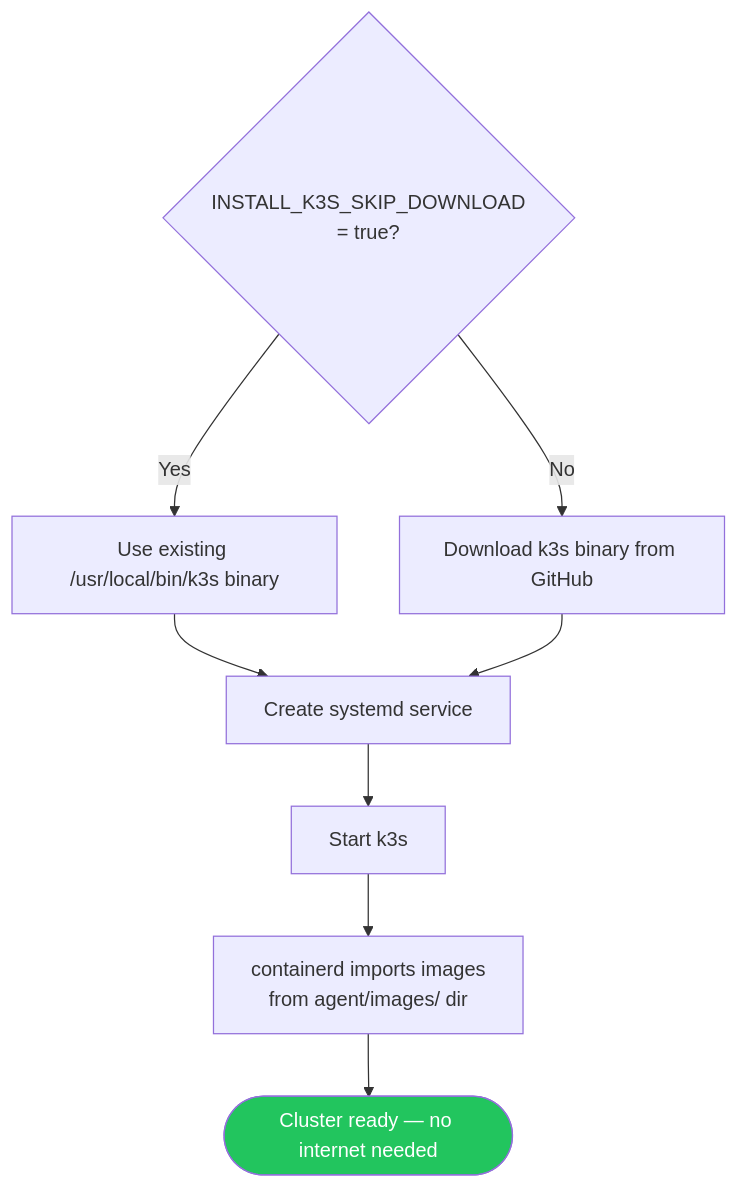
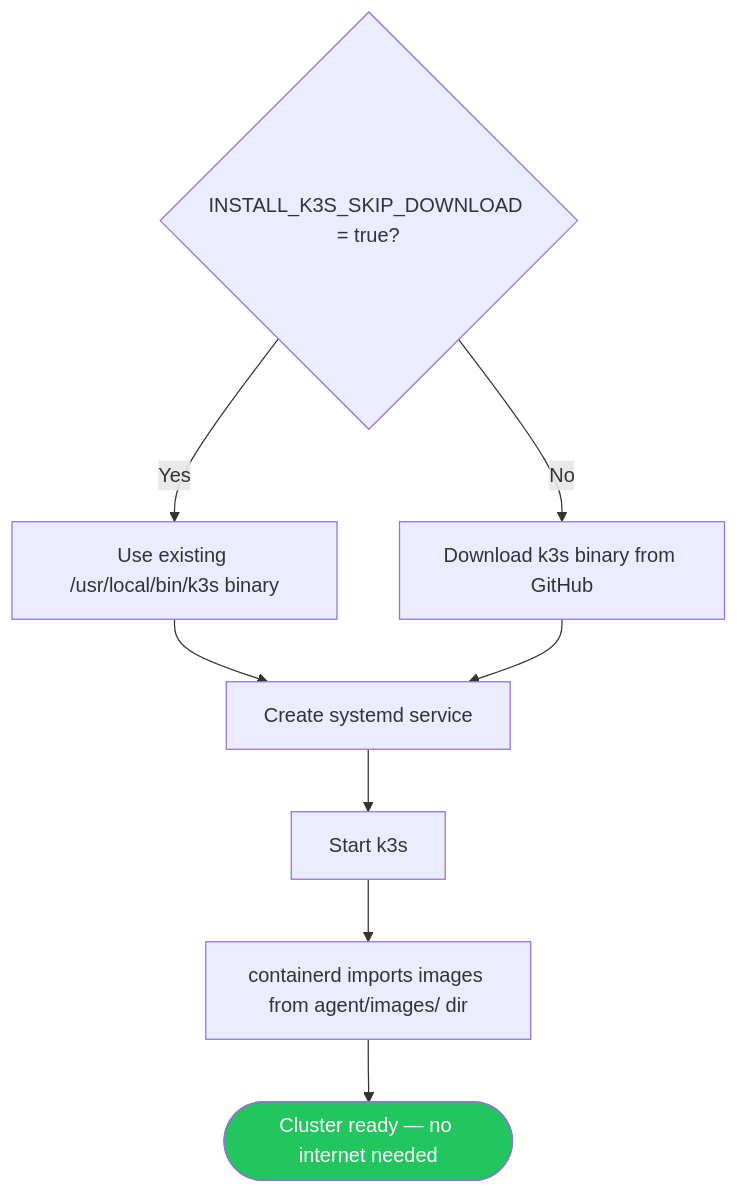
Before and after one commit to UncleJS/course_k3s: the second of 3 diagrams in 02_installation/03_airgap_install.md, drawn with Mermaid. The commit also changed other lines of this file and 57 other files, not shown here.

````diff
--- a/02_installation/03_airgap_install.md
+++ b/02_installation/03_airgap_install.md
@@ -187,13 +187,13 @@
 ```mermaid
 flowchart TD
-    SKIP{"INSTALL_K3S_SKIP_DOWNLOAD\n= true?"}
+    SKIP{"INSTALL_K3S_SKIP_DOWNLOAD = true?"}
     SKIP -->|Yes| USE[Use existing /usr/local/bin/k3s binary]
     SKIP -->|No| DL[Download k3s binary from GitHub]
     USE --> SYSTEMD[Create systemd service]
     DL --> SYSTEMD
     SYSTEMD --> START[Start k3s]
-    START --> IMG[containerd imports images\nfrom agent/images/ dir]
+    START --> IMG[containerd imports images from agent/images/ dir]
     IMG --> READY([Cluster ready — no internet needed])
 
     style READY fill:#22c55e,color:#fff
 ```
````
